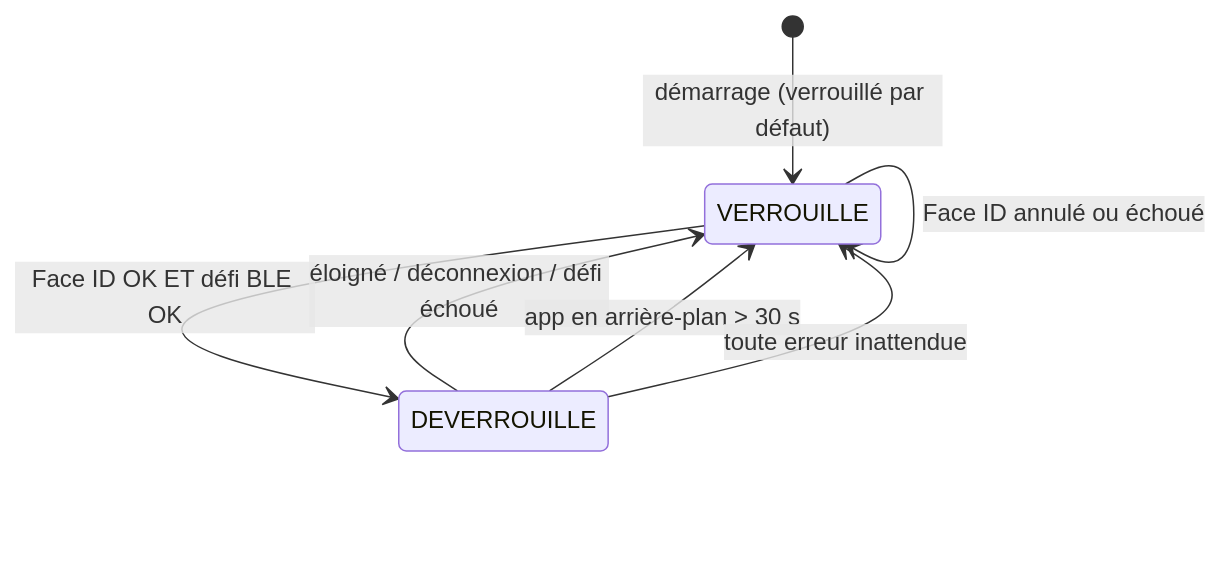
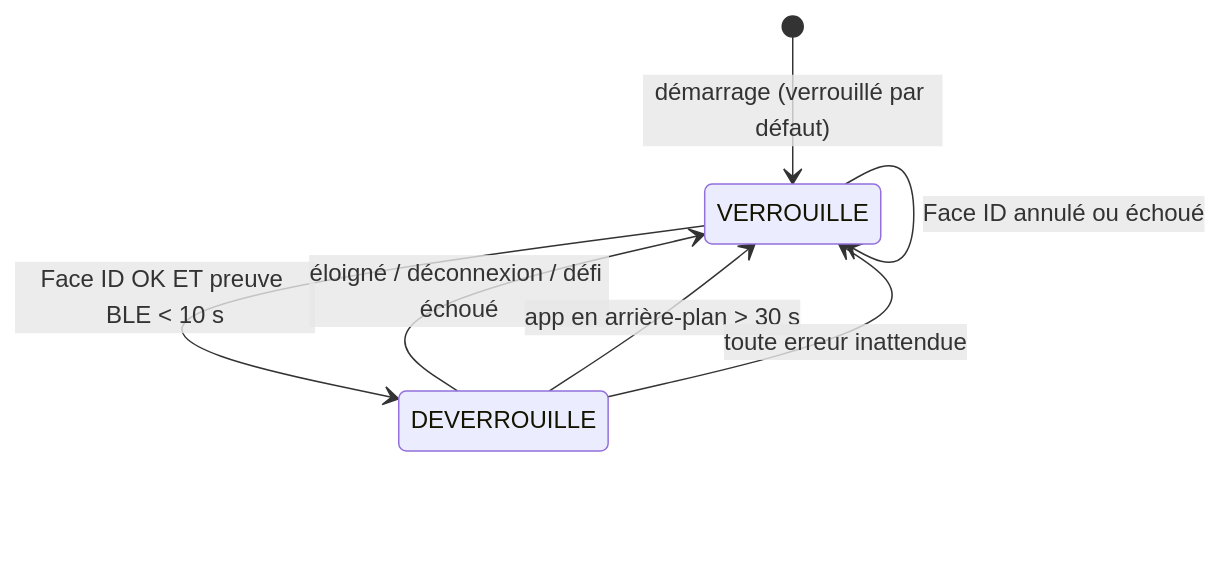
The sixth of 6 diagrams in docs/J2-architecture.md (Br4tha/RobAir), drawn with Mermaid before and after one commit. The commit also changed other lines of this file and 3 other files, not shown here.

````diff
--- a/docs/J2-architecture.md
+++ b/docs/J2-architecture.md
@@ -196,9 +281,9 @@
 ```mermaid
 stateDiagram-v2
     [*] --> VERROUILLE : démarrage (verrouillé par défaut)
-    VERROUILLE --> DEVERROUILLE : Face ID OK ET défi BLE OK
+    VERROUILLE --> DEVERROUILLE : Face ID OK ET preuve BLE < 10 s
     DEVERROUILLE --> VERROUILLE : éloigné / déconnexion / défi échoué
     DEVERROUILLE --> VERROUILLE : app en arrière-plan > 30 s
     DEVERROUILLE --> VERROUILLE : toute erreur inattendue
     VERROUILLE --> VERROUILLE : Face ID annulé ou échoué
 ```
````
